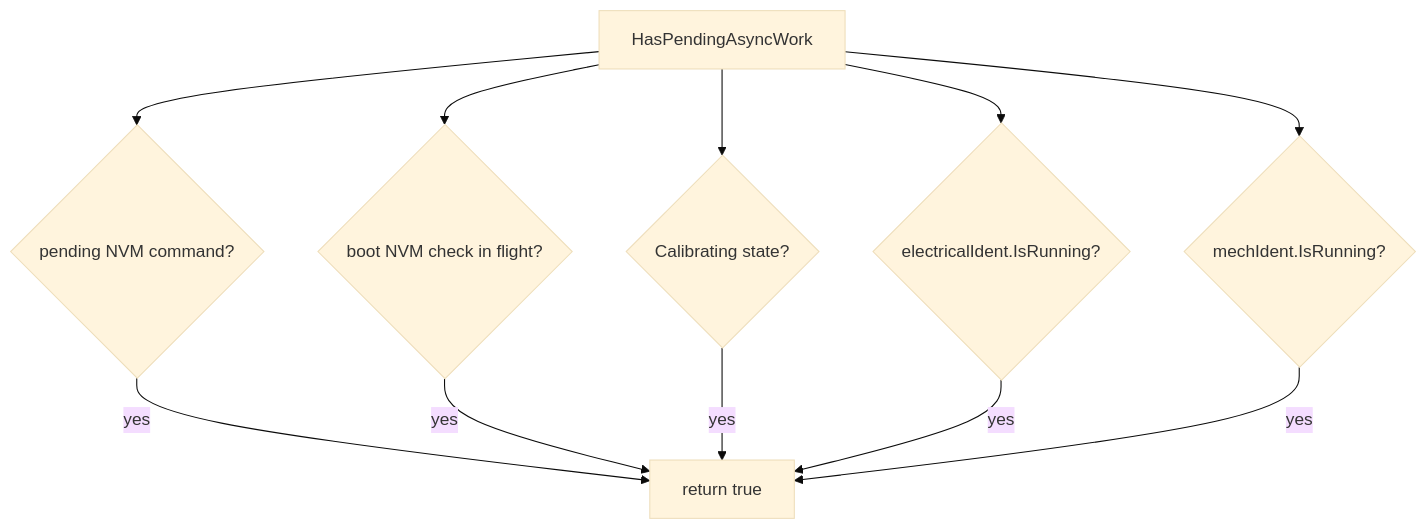
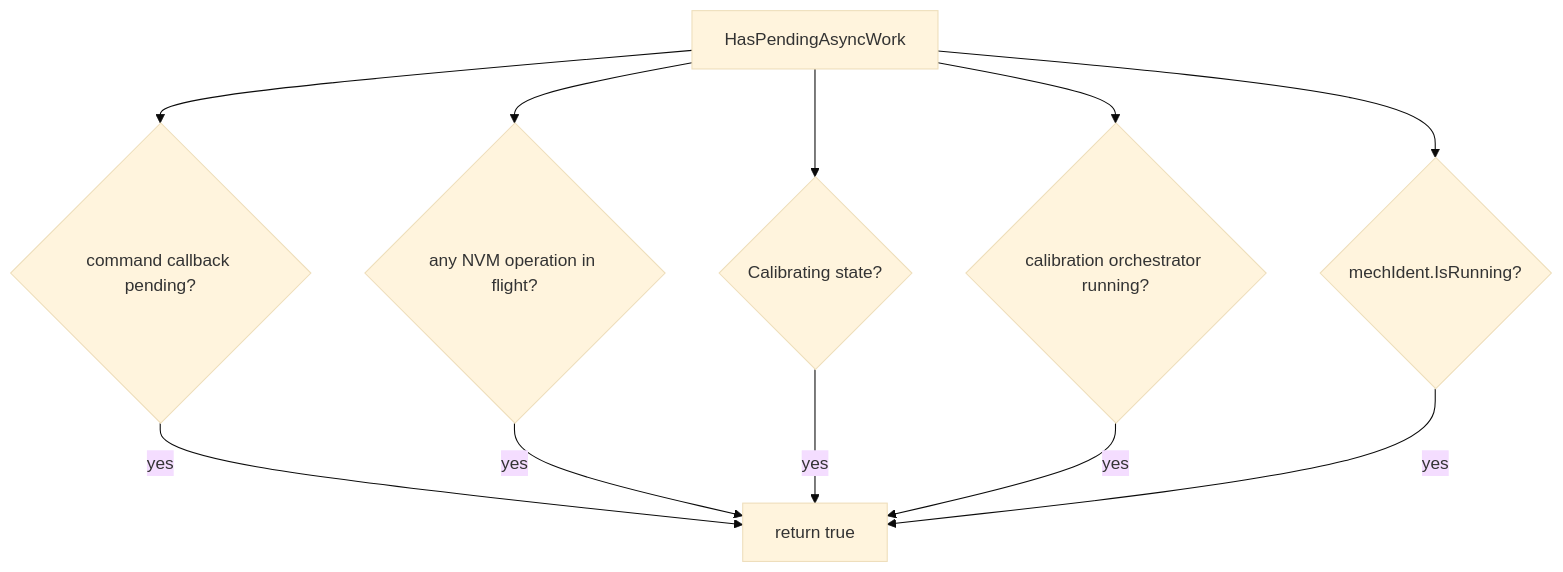
The third of 6 diagrams in documentation/design/async-callback-lifetime.md (embedded-pro/e-foc), drawn with Mermaid (base theme) before and after one commit. The commit also changed other lines of this file and 61 other files, not shown here.

````diff
--- a/documentation/design/async-callback-lifetime.md
+++ b/documentation/design/async-callback-lifetime.md
@@ -90,13 +90,13 @@
 ```mermaid
 graph TD
-    A[HasPendingAsyncWork] --> B{pending NVM command?}
-    A --> C{boot NVM check in flight?}
+    A[HasPendingAsyncWork] --> B{command callback pending?}
+    A --> C{any NVM operation in flight?}
     A --> D{Calibrating state?}
-    A --> E{electricalIdent.IsRunning?}
+    A --> E{calibration orchestrator running?}
     A --> F{mechIdent.IsRunning?}
     B -- yes --> G[return true]
     C -- yes --> G
     D -- yes --> G
     E -- yes --> G
     F -- yes --> G
 ```
````
